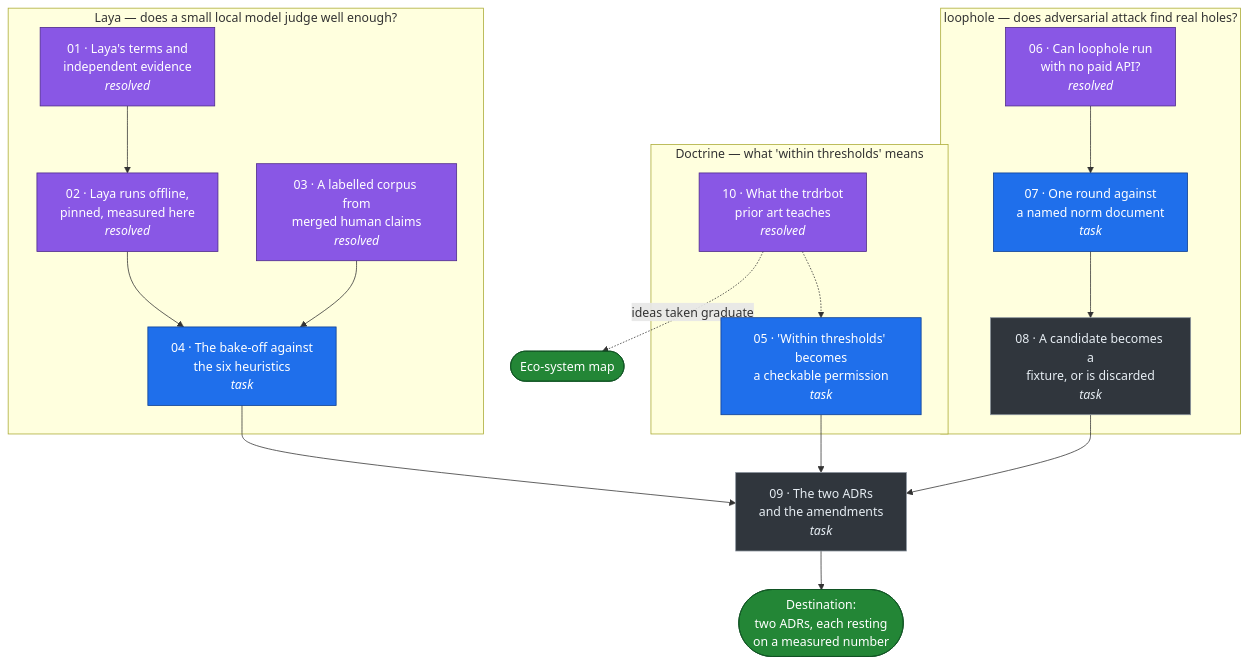
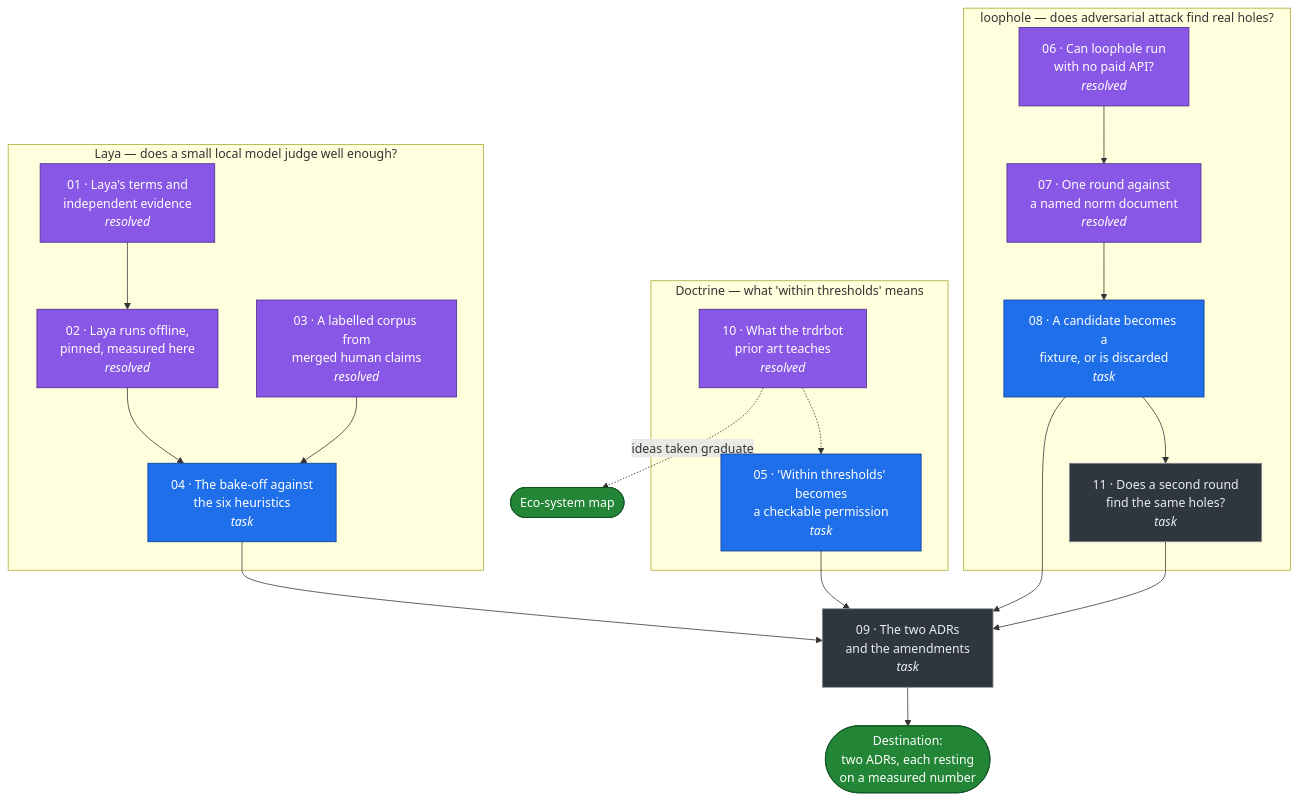
Before and after one commit to policy-as-versioned-flux/policy-as-versioned-flux: the diagram in .scratch/laya-loophole/map.md, drawn with Mermaid. The commit also changed other lines of this file and 13 other files, not shown here.

````diff
--- a/.scratch/laya-loophole/map.md
+++ b/.scratch/laya-loophole/map.md
@@ -193,40 +228,42 @@
 ```mermaid
 flowchart TD
     subgraph laya["Laya — does a small local model judge well enough?"]
         T01["01 · Laya's terms and<br/>independent evidence<br/><i>resolved</i>"]
         T02["02 · Laya runs offline,<br/>pinned, measured here<br/><i>resolved</i>"]
         T03["03 · A labelled corpus from<br/>merged human claims<br/><i>resolved</i>"]
         T04["04 · The bake-off against<br/>the six heuristics<br/><i>task</i>"]
         T01 --> T02 --> T04
         T03 --> T04
     end
 
     subgraph doctrine["Doctrine — what 'within thresholds' means"]
         T10["10 · What the trdrbot<br/>prior art teaches<br/><i>resolved</i>"]
         T05["05 · 'Within thresholds' becomes<br/>a checkable permission<br/><i>task</i>"]
         T10 -.-> T05
     end
 
     subgraph loophole["loophole — does adversarial attack find real holes?"]
         T06["06 · Can loophole run<br/>with no paid API?<br/><i>resolved</i>"]
-        T07["07 · One round against<br/>a named norm document<br/><i>task</i>"]
+        T07["07 · One round against<br/>a named norm document<br/><i>resolved</i>"]
         T08["08 · A candidate becomes a<br/>fixture, or is discarded<br/><i>task</i>"]
-        T06 --> T07 --> T08
+        T11["11 · Does a second round<br/>find the same holes?<br/><i>task</i>"]
+        T06 --> T07 --> T08 --> T11
     end
 
     T09["09 · The two ADRs<br/>and the amendments<br/><i>task</i>"]
     T04 --> T09
     T05 --> T09
     T08 --> T09
+    T11 --> T09
     T09 --> DEST(["Destination:<br/>two ADRs, each resting<br/>on a measured number"])
     T10 -. "ideas taken graduate" .-> ECO(["Eco-system map"])
 
     classDef frontier fill:#1f6feb,stroke:#0b3d91,color:#fff
     classDef blocked fill:#30363d,stroke:#8b949e,color:#e6edf3
     classDef done fill:#8957e5,stroke:#4c2889,color:#fff
     classDef dest fill:#238636,stroke:#0f5323,color:#fff
-    class T04,T05,T07 frontier
-    class T08,T09 blocked
-    class T01,T02,T03,T06,T10 done
+    class T04,T05,T08 frontier
+    class T09,T11 blocked
+    class T01,T02,T03,T06,T07,T10 done
     class DEST,ECO dest
 ```
````
